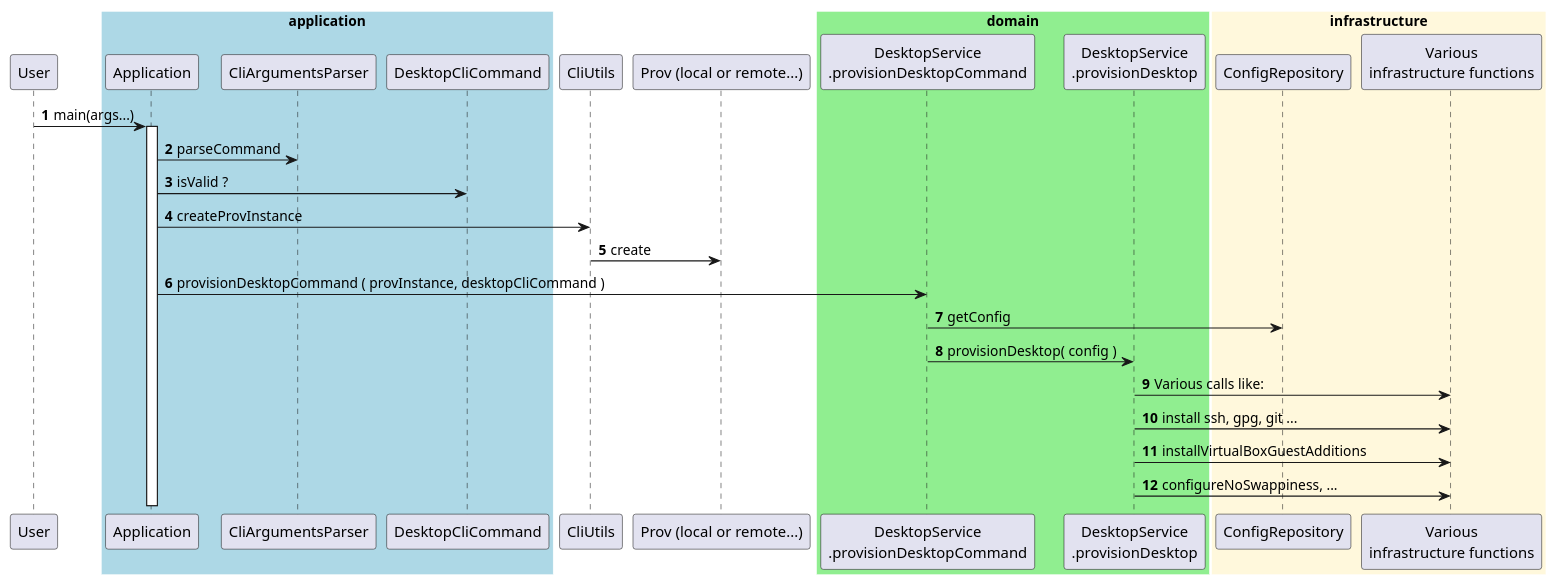
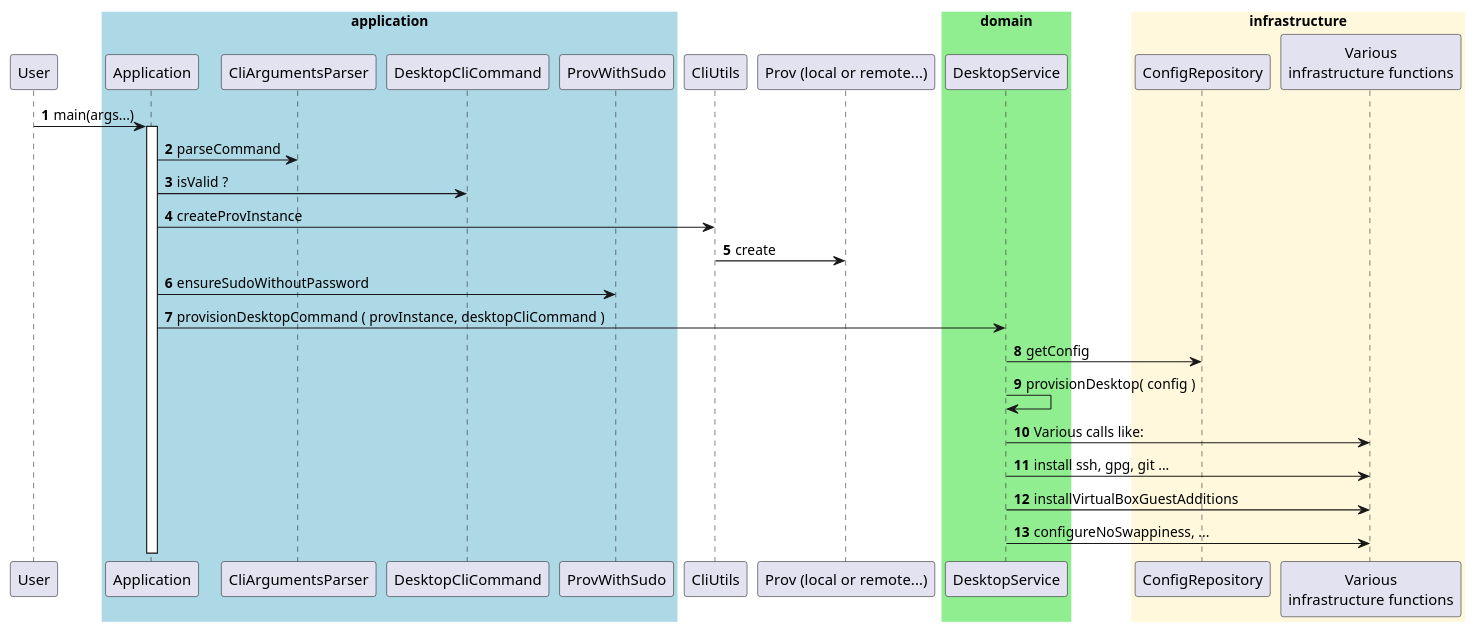
One commit to DomainDrivenArchitecture/provs changed the diagram in doc/ProvisionDesktopSequence.md. Above: the diagram before and after it, drawn with PlantUML. The commit also changed 3 other files, not shown here.

````diff
--- a/doc/ProvisionDesktopSequence.md
+++ b/doc/ProvisionDesktopSequence.md
@@ -1,49 +1,53 @@
 ```plantuml
 @startuml
 
 autonumber
 
 skinparam sequenceBox {
      borderColor White
 }
 
 participant User
 
 box "application" #LightBlue
 participant Application
 participant CliArgumentsParser
 participant DesktopCliCommand
+participant ProvWithSudo
 end box
 
 box  #White
 participant CliUtils
 participant "Prov (local or remote...)" as ProvInstance
 end box
 
 box "domain" #LightGreen
-participant "DesktopService\n.provisionDesktopCommand" as DesktopService1
-participant "DesktopService\n.provisionDesktop" as DesktopService2
+participant "DesktopService"
 end box
 
 box "infrastructure" #CornSilk
 participant ConfigRepository
 participant "Various\ninfrastructure functions" as Infrastructure_functions
 end box
 
 
 User -> Application ++ : main(args...)
 Application -> CliArgumentsParser : parseCommand
 Application -> DesktopCliCommand : isValid ?
 Application -> CliUtils : createProvInstance
 ProvInstance <- CliUtils : create
-Application -> DesktopService1 : provisionDesktopCommand ( provInstance, desktopCliCommand )
-DesktopService1 -> ConfigRepository : getConfig
-DesktopService1 -> DesktopService2 : provisionDesktop( config )
 
-DesktopService2 -> Infrastructure_functions: Various calls like:
-DesktopService2 -> Infrastructure_functions: install ssh, gpg, git ...
-DesktopService2 -> Infrastructure_functions: installVirtualBoxGuestAdditions
-DesktopService2 -> Infrastructure_functions: configureNoSwappiness, ...
+Application -> ProvWithSudo : ensureSudoWithoutPassword
+Application -> DesktopService : provisionDesktopCommand ( provInstance, desktopCliCommand )
+
+DesktopService -> ConfigRepository : getConfig
+
+DesktopService -> DesktopService : provisionDesktop( config )
+
+DesktopService -> Infrastructure_functions: Various calls like:
+DesktopService -> Infrastructure_functions: install ssh, gpg, git ...
+DesktopService -> Infrastructure_functions: installVirtualBoxGuestAdditions
+DesktopService -> Infrastructure_functions: configureNoSwappiness, ...
 
 @enduml
 ```
````
